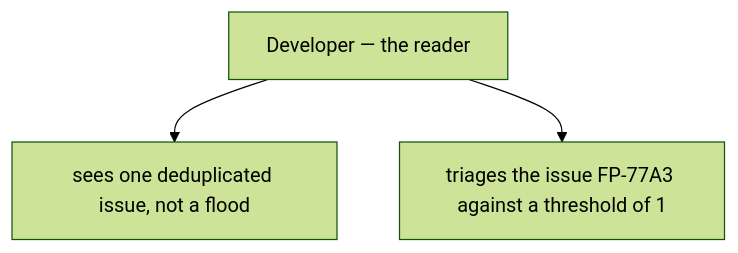
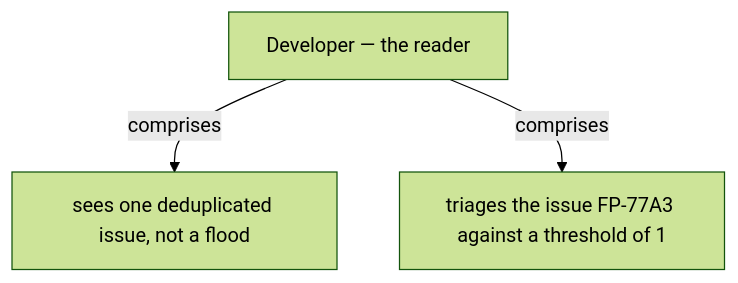
One commit to vinayakuber/microservices-io-study-guide changed the seventh of 13 diagrams in docs/ch34-exception-tracking.md. Above: the diagram before and after it, drawn with Mermaid (forest theme). The commit also changed other lines of this file and 71 other files, not shown here.

First line of the commit message:
R18: label every diagram arrow with its meaning

````diff
--- a/docs/ch34-exception-tracking.md
+++ b/docs/ch34-exception-tracking.md
@@ -238,6 +238,6 @@
 ```mermaid
 flowchart TD
   R["Developer — the reader"]
-  R --> P0["sees one deduplicated issue, not a flood"]
-  R --> P1["triages the issue FP-77A3 against a threshold of 1"]
+  R -->|"comprises"| P0["sees one deduplicated issue, not a flood"]
+  R -->|"comprises"| P1["triages the issue FP-77A3 against a threshold of 1"]
 ```
````
